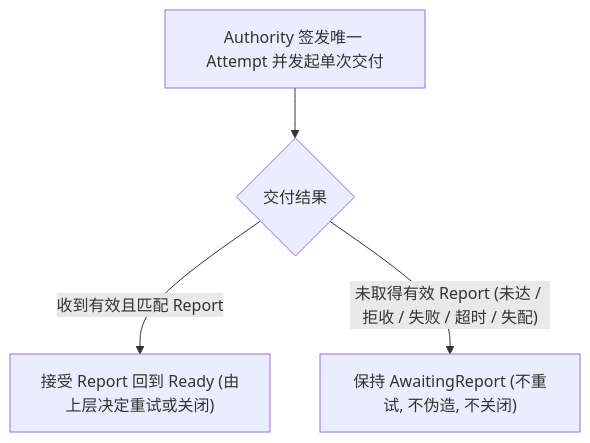
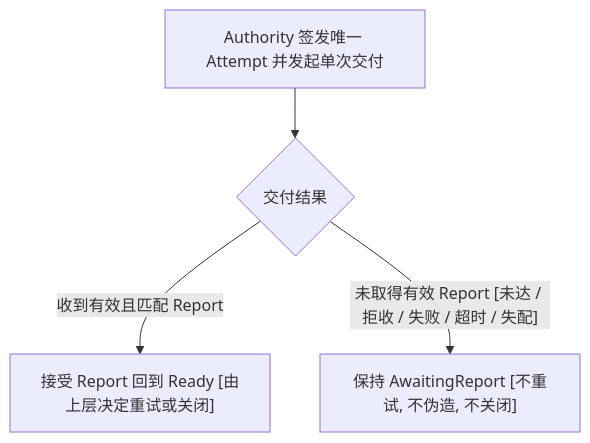
The second of 2 diagrams in spec/03-roles.md (Everfold/Beamlet), drawn with Mermaid before and after one commit. The commit also changed other lines of this file and 16 other files, not shown here.

````diff
--- a/spec/03-roles.md
+++ b/spec/03-roles.md
@@ -29,6 +29,6 @@
 ```mermaid
 flowchart TD
     Mint["Authority 签发唯一 Attempt 并发起单次交付"] --> Res{"交付结果"}
-    Res -->|"收到有效且匹配 Report"| Accept["接受 Report 回到 Ready (由上层决定重试或关闭)"]
-    Res -->|"未取得有效 Report (未达 / 拒收 / 失败 / 超时 / 失配)"| Keep["保持 AwaitingReport (不重试, 不伪造, 不关闭)"]
+    Res -->|"收到有效且匹配 Report"| Accept["接受 Report 回到 Ready [由上层决定重试或关闭]"]
+    Res -->|"未取得有效 Report [未达 / 拒收 / 失败 / 超时 / 失配]"| Keep["保持 AwaitingReport [不重试, 不伪造, 不关闭]"]
 ```
````
